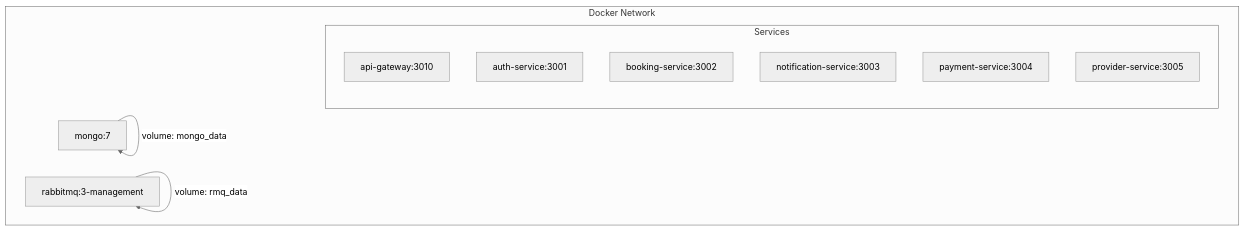
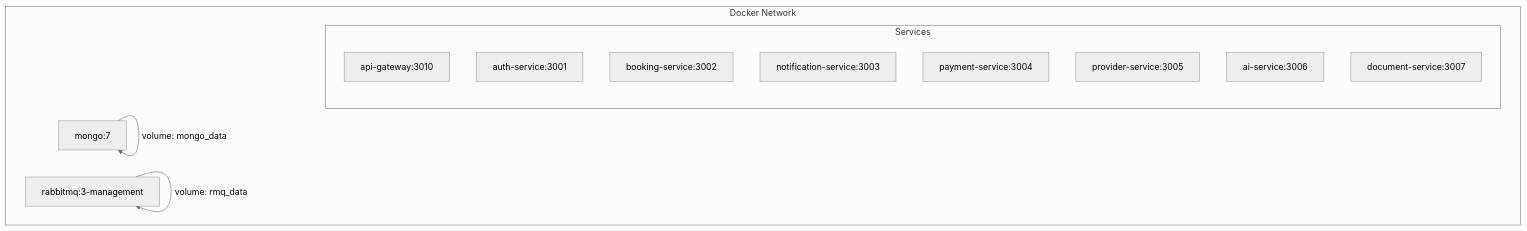
Before and after one commit to mahmoudnabil133/lowyer_managment_sys: the tenth of 11 diagrams in README.md, drawn with Mermaid (neutral theme). The commit also changed other lines of this file, not shown here.

First line of the commit message:
docs: update README with AI and Document services

````diff
--- a/README.md
+++ b/README.md
@@ -975,18 +1073,20 @@
 ```mermaid
 graph TB
     subgraph "Docker Network"
         subgraph "Services"
             G["api-gateway:3010"]
             A["auth-service:3001"]
             B["booking-service:3002"]
             N["notification-service:3003"]
             P["payment-service:3004"]
             R["provider-service:3005"]
+            AI["ai-service:3006"]
+            D["document-service:3007"]
         end
         M["mongo:7"]
         Q["rabbitmq:3-management"]
     end
 
     M -->|"volume: mongo_data"| M
     Q -->|"volume: rmq_data"| Q
 ```
````
